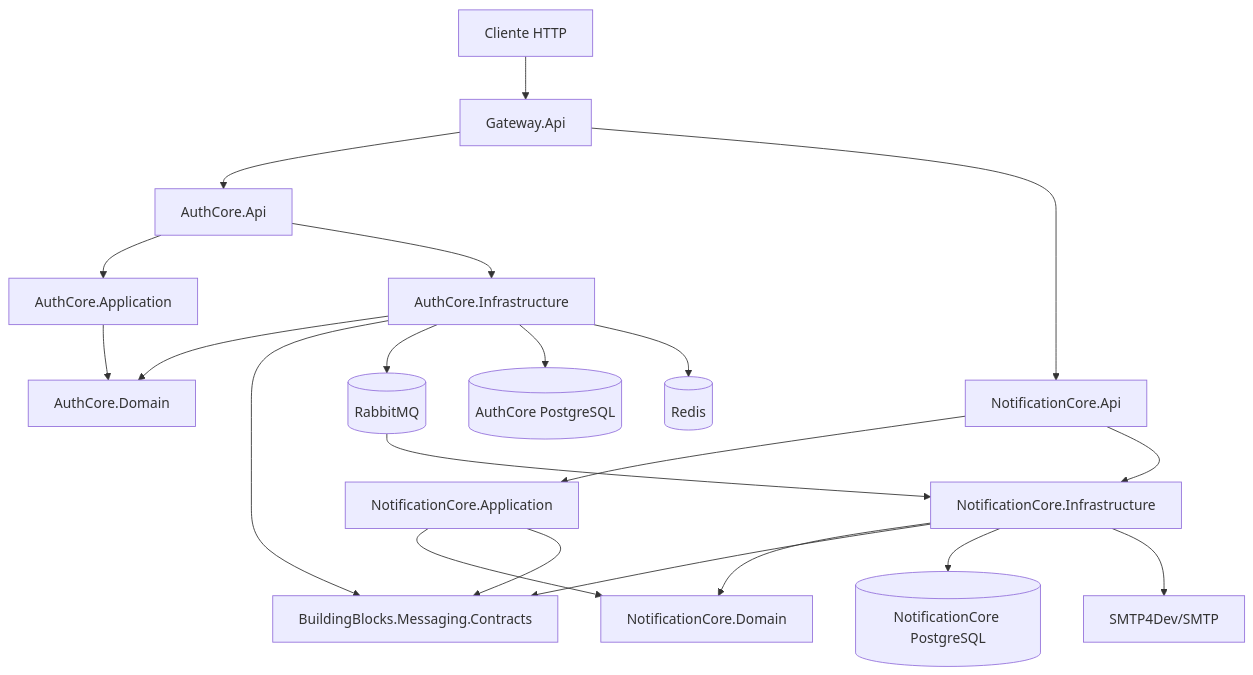
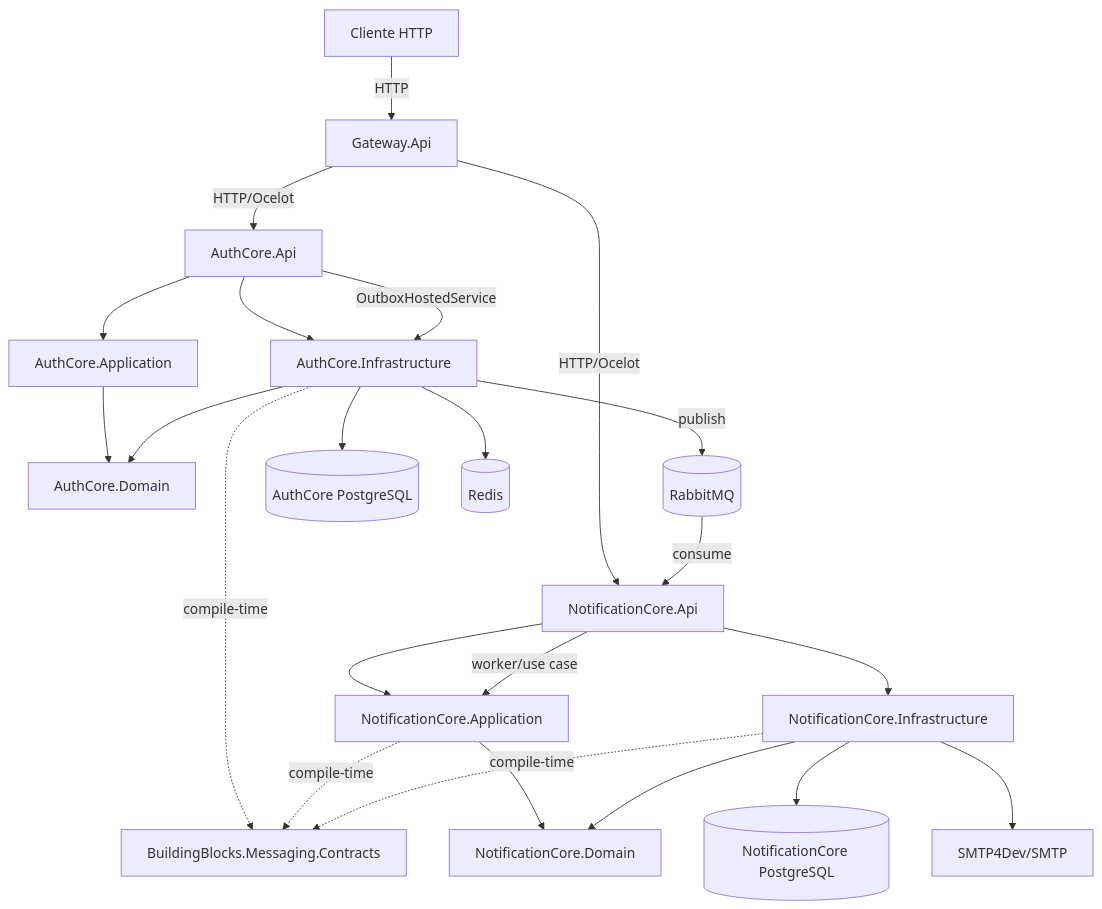
The diagram in README.md (brunopsouz/auth-core-microservices), drawn with Mermaid before and after one commit. The commit also changed 155 other files, not shown here.

````diff
--- a/README.md
+++ b/README.md
@@ -76,26 +76,31 @@
 ```mermaid
 flowchart TD
-    Client[Cliente HTTP] --> Gateway[Gateway.Api]
-    Gateway --> AuthApi[AuthCore.Api]
-    Gateway --> NotificationApi[NotificationCore.Api]
+    Client[Cliente HTTP] -->|HTTP| Gateway[Gateway.Api]
+    Gateway -->|HTTP/Ocelot| AuthApi[AuthCore.Api]
+    Gateway -->|HTTP/Ocelot| NotificationApi[NotificationCore.Api]
 
     AuthApi --> AuthApplication[AuthCore.Application]
     AuthApi --> AuthInfrastructure[AuthCore.Infrastructure]
     AuthApplication --> AuthDomain[AuthCore.Domain]
     AuthInfrastructure --> AuthDomain
-    AuthInfrastructure --> Contracts[BuildingBlocks.Messaging.Contracts]
 
     NotificationApi --> NotificationApplication[NotificationCore.Application]
     NotificationApi --> NotificationInfrastructure[NotificationCore.Infrastructure]
     NotificationApplication --> NotificationDomain[NotificationCore.Domain]
-    NotificationApplication --> Contracts
     NotificationInfrastructure --> NotificationDomain
-    NotificationInfrastructure --> Contracts
 
-    AuthInfrastructure --> RabbitMQ[(RabbitMQ)]
-    RabbitMQ --> NotificationInfrastructure
+    AuthInfrastructure -. compile-time .-> Contracts[BuildingBlocks.Messaging.Contracts]
+    NotificationApplication -. compile-time .-> Contracts
+    NotificationInfrastructure -. compile-time .-> Contracts
+
+    AuthApi -->|OutboxHostedService| AuthInfrastructure
+    AuthInfrastructure -->|publish| RabbitMQ[(RabbitMQ)]
+    RabbitMQ -->|consume| NotificationApi
+    NotificationApi -->|worker/use case| NotificationApplication
+
     AuthInfrastructure --> AuthPostgres[(AuthCore PostgreSQL)]
     AuthInfrastructure --> Redis[(Redis)]
+
     NotificationInfrastructure --> NotificationPostgres[(NotificationCore PostgreSQL)]
     NotificationInfrastructure --> SMTP[SMTP4Dev/SMTP]
 ```
````
